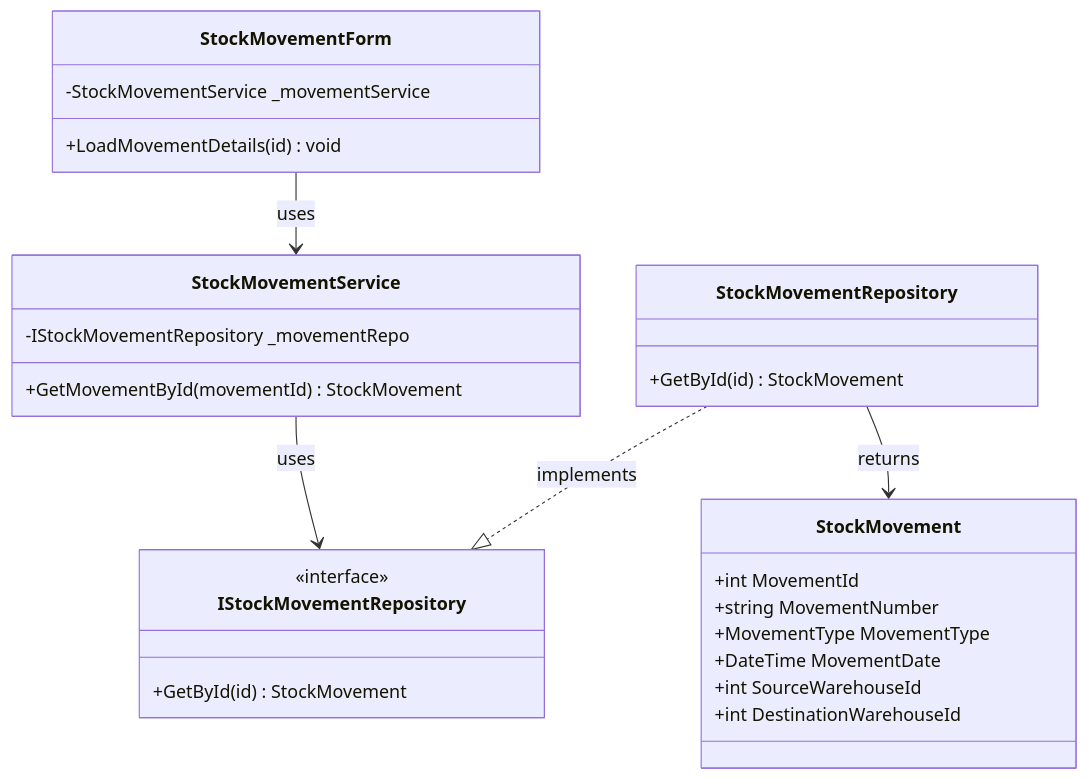
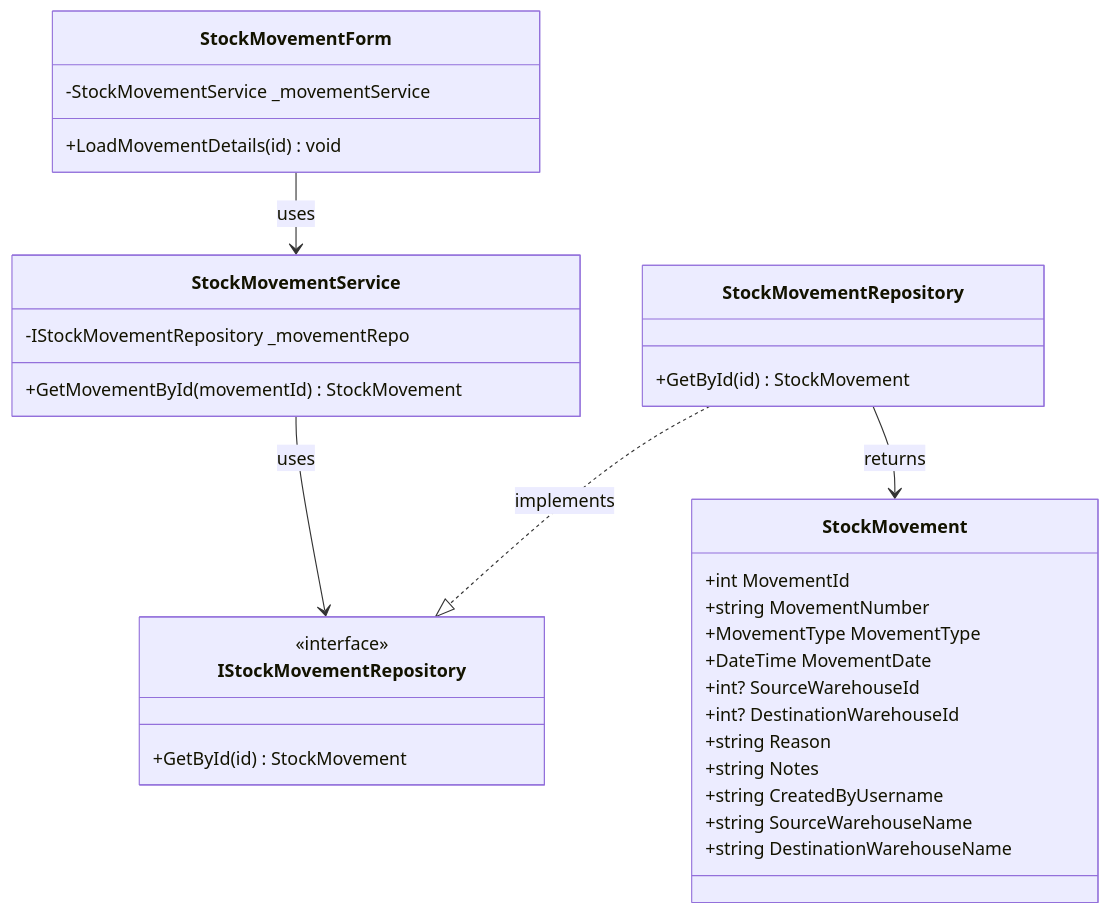
Before and after one commit to nahuk86/tp_diploma_nk_2026: the third of 8 diagrams in Documentation/UML_Diagrams/07_Stock_Movement_Process_Class_Diagram.md, drawn with Mermaid. The commit also changed other lines of this file and 6 other files, not shown here.

Commit message:
Update UML diagrams 01-07 to reflect actual implementation

````diff
--- a/Documentation/UML_Diagrams/07_Stock_Movement_Process_Class_Diagram.md
+++ b/Documentation/UML_Diagrams/07_Stock_Movement_Process_Class_Diagram.md
@@ -144,35 +158,40 @@
 ```mermaid
 classDiagram
     class StockMovementForm {
         -StockMovementService _movementService
         +LoadMovementDetails(id) void
     }
 
     class StockMovementService {
         -IStockMovementRepository _movementRepo
         +GetMovementById(movementId) StockMovement
     }
 
     class IStockMovementRepository {
         <<interface>>
         +GetById(id) StockMovement
     }
 
     class StockMovementRepository {
         +GetById(id) StockMovement
     }
 
     class StockMovement {
         +int MovementId
         +string MovementNumber
         +MovementType MovementType
         +DateTime MovementDate
-        +int SourceWarehouseId
-        +int DestinationWarehouseId
+        +int? SourceWarehouseId
+        +int? DestinationWarehouseId
+        +string Reason
+        +string Notes
+        +string CreatedByUsername
+        +string SourceWarehouseName
+        +string DestinationWarehouseName
     }
 
     StockMovementForm --> StockMovementService : uses
     StockMovementService --> IStockMovementRepository : uses
     StockMovementRepository ..|> IStockMovementRepository : implements
     StockMovementRepository --> StockMovement : returns
 ```
````
